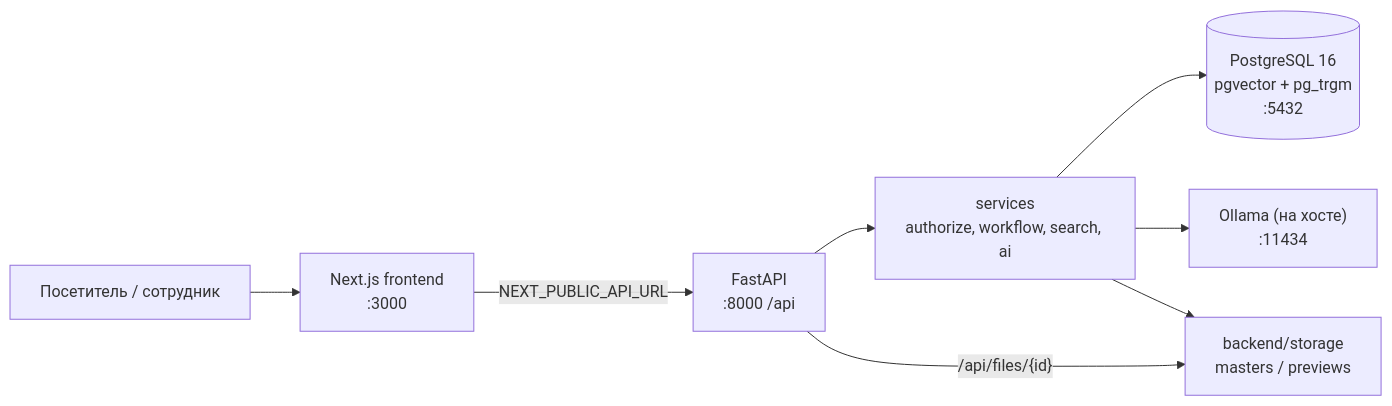
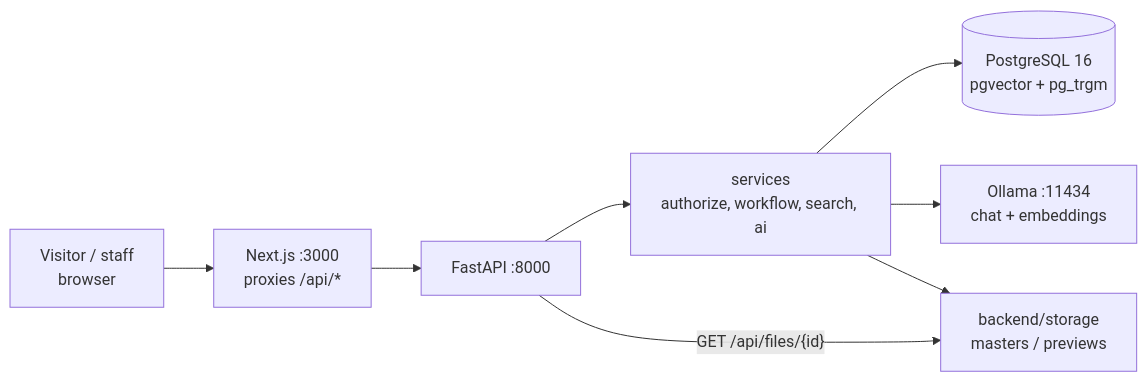
One commit to amblackrust/vko-archive changed the first of 2 diagrams in README.md. Above: the diagram before and after it, drawn with Mermaid. The commit also changed other lines of this file and 9 other files, not shown here.

Commit message:
Docs: README (en, ru), architecture, AI, deployment rationale, design, decisions

````diff
--- a/README.md
+++ b/README.md
@@ -50,10 +58,10 @@
 ```mermaid
 flowchart LR
-    U["Посетитель / сотрудник"] --> FE["Next.js frontend<br/>:3000"]
-    FE -->|"NEXT_PUBLIC_API_URL"| API["FastAPI<br/>:8000 /api"]
+    U["Visitor / staff<br/>browser"] --> FE["Next.js :3000<br/>proxies /api/*"]
+    FE --> API["FastAPI :8000"]
     API --> SVC["services<br/>authorize, workflow, search, ai"]
-    SVC --> DB[("PostgreSQL 16<br/>pgvector + pg_trgm<br/>:5432")]
-    SVC --> OL["Ollama (на хосте)<br/>:11434"]
+    SVC --> DB[("PostgreSQL 16<br/>pgvector + pg_trgm")]
+    SVC --> OL["Ollama :11434<br/>chat + embeddings"]
     SVC --> ST["backend/storage<br/>masters / previews"]
-    API -->|"/api/files/{id}"| ST
+    API -->|"GET /api/files/{id}"| ST
 ```
````
